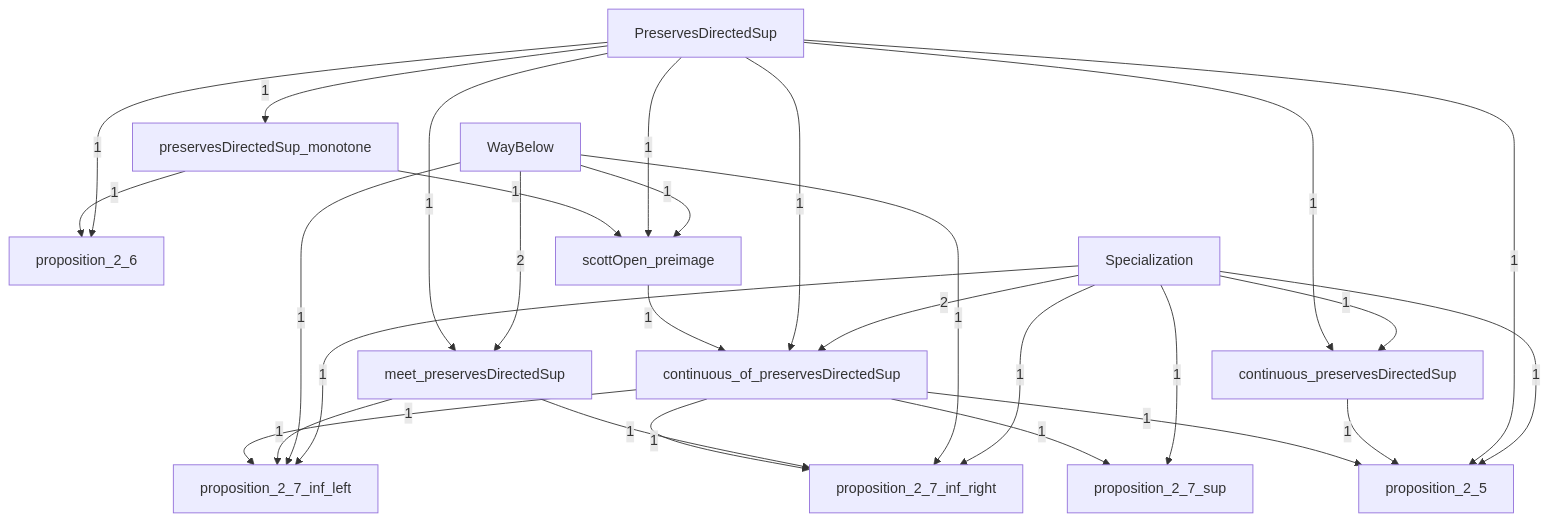
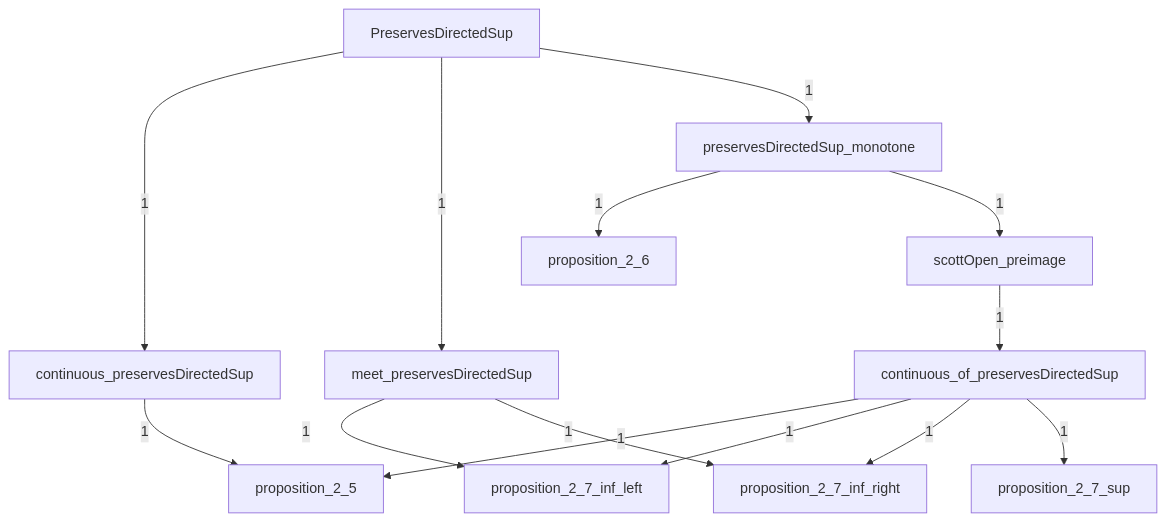
One commit to catskillsresearch/DomainTheory changed the diagram in DomainTheory/ContinuousLattice/ScottMaps/ScottMaps.mermaid. Above: the diagram before and after it, drawn with Mermaid. The commit also changed 216 other files, not shown here.

First line of the commit message:
Align 1972 Continuous Lattices notes with Scott source prose.

```diff
--- a/DomainTheory/ContinuousLattice/ScottMaps/ScottMaps.mermaid
+++ b/DomainTheory/ContinuousLattice/ScottMaps/ScottMaps.mermaid
@@ -1,49 +1,30 @@
-%% Inside ScottMaps. A box is one Lean file in this folder, or one subfolder.
-%% A box named as another folder is that whole folder. A box named as another chapter is that whole chapter.
-%% The arrowhead points at the file or folder that imports. The label is how many direct imports.
+%% Lean files imported under this note.
+%% Arrowhead on the importer. The number is a direct-import count.
+%% An arrow already implied by a longer path is omitted.
 flowchart TB
 
-  N8["continuous_of_preservesDirectedSup"]
-  N3["continuous_preservesDirectedSup"]
-  N4["meet_preservesDirectedSup"]
-  N2["PreservesDirectedSup"]
-  N5["preservesDirectedSup_monotone"]
-  N9["proposition_2_5"]
-  N6["proposition_2_6"]
-  N10["proposition_2_7_inf_left"]
-  N11["proposition_2_7_inf_right"]
-  N12["proposition_2_7_sup"]
-  N7["scottOpen_preimage"]
-  N0["Specialization"]
-  N1["WayBelow"]
+  ScottMaps_continuous_of_preservesDirectedSup["continuous_of_preservesDirectedSup"]
+  ScottMaps_continuous_preservesDirectedSup["continuous_preservesDirectedSup"]
+  ScottMaps_meet_preservesDirectedSup["meet_preservesDirectedSup"]
+  ScottMaps_PreservesDirectedSup["PreservesDirectedSup"]
+  ScottMaps_preservesDirectedSup_monotone["preservesDirectedSup_monotone"]
+  ScottMaps_proposition_2_5["proposition_2_5"]
+  ScottMaps_proposition_2_6["proposition_2_6"]
+  ScottMaps_proposition_2_7_inf_left["proposition_2_7_inf_left"]
+  ScottMaps_proposition_2_7_inf_right["proposition_2_7_inf_right"]
+  ScottMaps_proposition_2_7_sup["proposition_2_7_sup"]
+  ScottMaps_scottOpen_preimage["scottOpen_preimage"]
 
-  N0 -->|"1"| N10
-  N1 -->|"1"| N10
-  N4 -->|"1"| N10
-  N8 -->|"1"| N10
-  N0 -->|"1"| N11
-  N1 -->|"1"| N11
-  N4 -->|"1"| N11
-  N8 -->|"1"| N11
-  N0 -->|"1"| N12
-  N8 -->|"1"| N12
-  N0 -->|"1"| N3
-  N2 -->|"1"| N3
-  N1 -->|"2"| N4
-  N2 -->|"1"| N4
-  N2 -->|"1"| N5
-  N2 -->|"1"| N6
-  N5 -->|"1"| N6
-  N1 -->|"1"| N7
-  N2 -->|"1"| N7
-  N5 -->|"1"| N7
-  N0 -->|"2"| N8
-  N2 -->|"1"| N8
-  N7 -->|"1"| N8
-  N0 -->|"1"| N9
-  N2 -->|"1"| N9
-  N3 -->|"1"| N9
-  N8 -->|"1"| N9
-
-  classDef file fill:#dbeafe,stroke:#1d4ed8,color:#1e3a8a
-  classDef ext fill:#f3f4f6,stroke:#374151,color:#111827
+  ScottMaps_scottOpen_preimage -->|"1"| ScottMaps_continuous_of_preservesDirectedSup
+  ScottMaps_PreservesDirectedSup -->|"1"| ScottMaps_continuous_preservesDirectedSup
+  ScottMaps_PreservesDirectedSup -->|"1"| ScottMaps_meet_preservesDirectedSup
+  ScottMaps_PreservesDirectedSup -->|"1"| ScottMaps_preservesDirectedSup_monotone
+  ScottMaps_continuous_of_preservesDirectedSup -->|"1"| ScottMaps_proposition_2_5
+  ScottMaps_continuous_preservesDirectedSup -->|"1"| ScottMaps_proposition_2_5
+  ScottMaps_preservesDirectedSup_monotone -->|"1"| ScottMaps_proposition_2_6
+  ScottMaps_continuous_of_preservesDirectedSup -->|"1"| ScottMaps_proposition_2_7_inf_left
+  ScottMaps_meet_preservesDirectedSup -->|"1"| ScottMaps_proposition_2_7_inf_left
+  ScottMaps_continuous_of_preservesDirectedSup -->|"1"| ScottMaps_proposition_2_7_inf_right
+  ScottMaps_meet_preservesDirectedSup -->|"1"| ScottMaps_proposition_2_7_inf_right
+  ScottMaps_continuous_of_preservesDirectedSup -->|"1"| ScottMaps_proposition_2_7_sup
+  ScottMaps_preservesDirectedSup_monotone -->|"1"| ScottMaps_scottOpen_preimage
```
